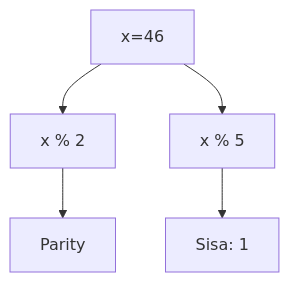
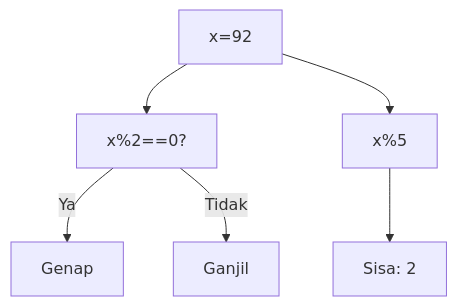
The seventh of 25 diagrams in part-c-pemahaman-cpp/01-tipe-data/latihan/set-04.md (amnahwaida/OSNK_INF_PREP), drawn with Mermaid before and after one commit. The commit also changed other lines of this file and 71 other files, not shown here.

Commit message:
Fixed Mermaid syntax lexical errors with quoted labels in 1,800 questions

````diff
--- a/part-c-pemahaman-cpp/01-tipe-data/latihan/set-04.md
+++ b/part-c-pemahaman-cpp/01-tipe-data/latihan/set-04.md
@@ -323,7 +205,8 @@
 ```mermaid
 graph TD
-A[x=46] --> B[x % 2]
-B --> C[Parity]
-A --> D[x % 5]
-D --> E[Sisa: 1]
+A["x=92"] --> B["x%2==0?"]
+B -- Ya --> C["Genap"]
+B -- Tidak --> D["Ganjil"]
+A --> E["x%5"]
+E --> F["Sisa: 2"]
 ```
````
